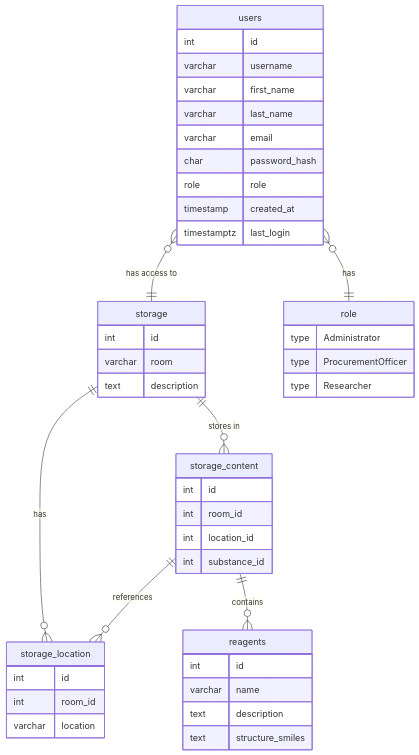
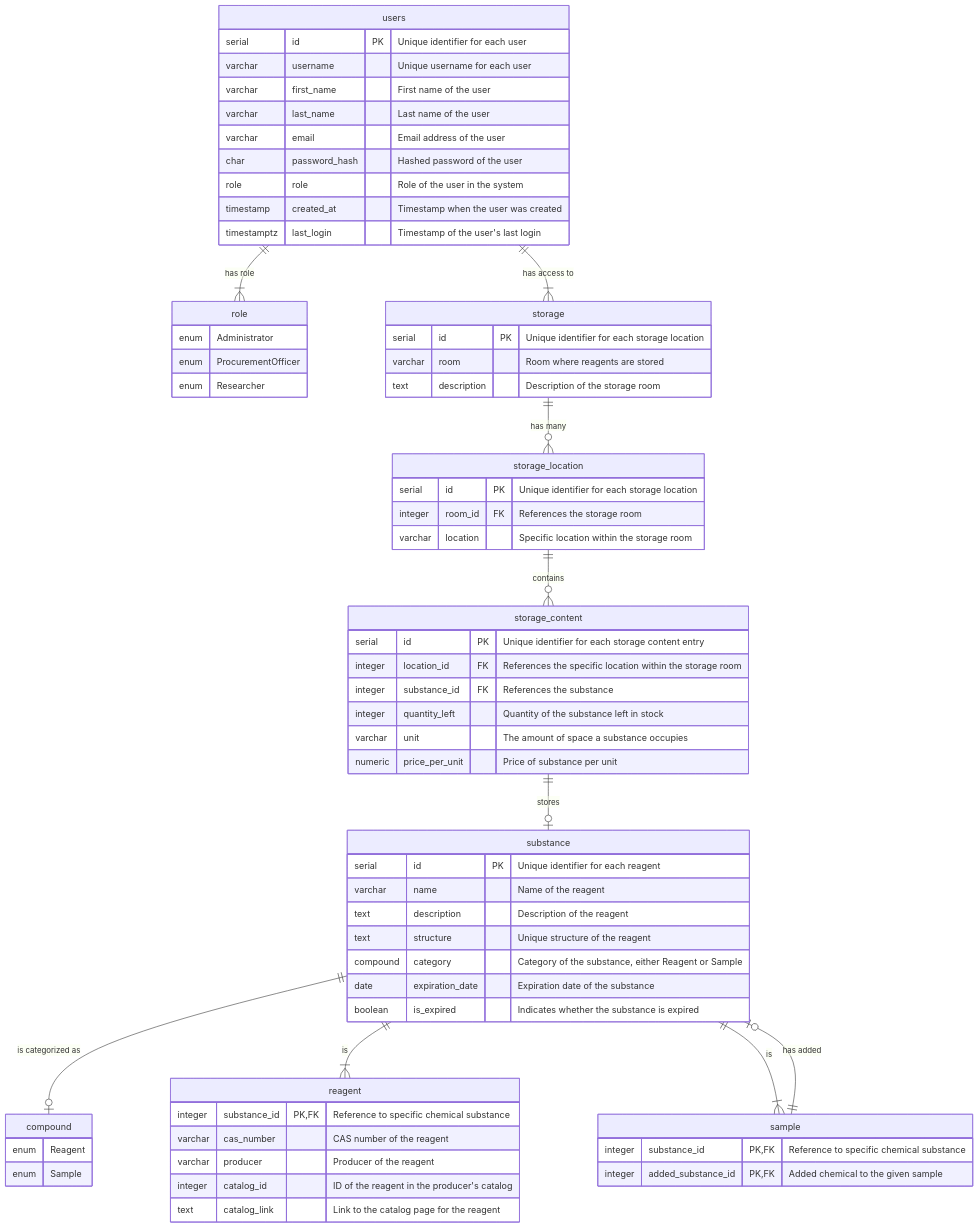
The third of 3 diagrams in README.md (Quantori-Academy/apt-frontend), drawn with Mermaid before and after one commit. The commit also changed other lines of this file and 3 other files, not shown here.

Commit message:
Docs: update diagrams and readme

````diff
--- a/README.md
+++ b/README.md
@@ -192,56 +195,86 @@
 ```mermaid
 erDiagram
 
+    %% Types (Role and Compound as Enum)
+    role {
+        enum Administrator
+        enum ProcurementOfficer
+        enum Researcher
+    }
 
-    reagents {
-        int id
-        varchar name
-        text description
-        text structure_smiles
+    compound {
+        enum Reagent
+        enum Sample
+    }
+
+    %% Tables
+    substance {
+        serial id PK "Unique identifier for each reagent"
+        varchar name "Name of the reagent"
+        text description "Description of the reagent"
+        text structure "Unique structure of the reagent"
+        compound category "Category of the substance, either Reagent or Sample"
+        date expiration_date "Expiration date of the substance"
+        boolean is_expired "Indicates whether the substance is expired"
     }
 
     storage {
-        int id
-        varchar room
-        text description
+        serial id PK "Unique identifier for each storage location"
+        varchar room "Room where reagents are stored"
+        text description "Description of the storage room"
     }
 
     storage_location {
-        int id
-        int room_id
-        varchar location
+        serial id PK "Unique identifier for each storage location"
+        integer room_id FK "References the storage room"
+        varchar location "Specific location within the storage room"
     }
 
     storage_content {
-        int id
-        int room_id
-        int location_id
-        int substance_id
+        serial id PK "Unique identifier for each storage content entry"
+        integer location_id FK "References the specific location within the storage room"
+        integer substance_id FK "References the substance"
+        integer quantity_left "Quantity of the substance left in stock"
+        varchar unit "The amount of space a substance occupies"
+        numeric price_per_unit "Price of substance per unit"
     }
 
     users {
-        int id
-        varchar username
-        varchar first_name
-        varchar last_name
-        varchar email
-        char password_hash
-        role role
-        timestamp created_at
-        timestamptz last_login
+        serial id PK "Unique identifier for each user"
+        varchar username "Unique username for each user"
+        varchar first_name "First name of the user"
+        varchar last_name "Last name of the user"
+        varchar email "Email address of the user"
+        char password_hash "Hashed password of the user"
+        role role "Role of the user in the system"
+        timestamp created_at "Timestamp when the user was created"
+        timestamptz last_login "Timestamp of the user's last login"
     }
 
-
-    role {
-        type Administrator
-        type ProcurementOfficer
-        type Researcher
+    reagent {
+        integer substance_id PK, FK "Reference to specific chemical substance"
+        varchar cas_number "CAS number of the reagent"
+        varchar producer "Producer of the reagent"
+        integer catalog_id "ID of the reagent in the producer's catalog"
+        text catalog_link "Link to the catalog page for the reagent"
     }
 
-    storage ||--o{ storage_location : has
-    storage_content ||--o{ storage_location : references
-    storage_content ||--o{ reagents : contains
-    storage ||--o{ storage_content : "stores in"
-    users }o--|| role : has
-    users }o--|| storage : "has access to"
+    sample {
+        integer substance_id PK, FK "Reference to specific chemical substance"
+        integer added_substance_id PK, FK "Added chemical to the given sample"
+    }
+
+    %% Relationships
+    storage ||--o{ storage_location : "has many"
+    storage_location ||--o{ storage_content : "contains"
+    storage_content ||--o| substance : "stores"
+    substance ||--o| compound : "is categorized as"
+
+    substance ||--|{ reagent : "is"
+    substance ||--|{ sample : "is"
+    sample ||--o| substance : "has added"
+
+    %% Users (not related in the schema but included for completeness)
+    users ||--|{ role : "has role"
+    users ||--|{ storage: "has access to"
 ```
````
